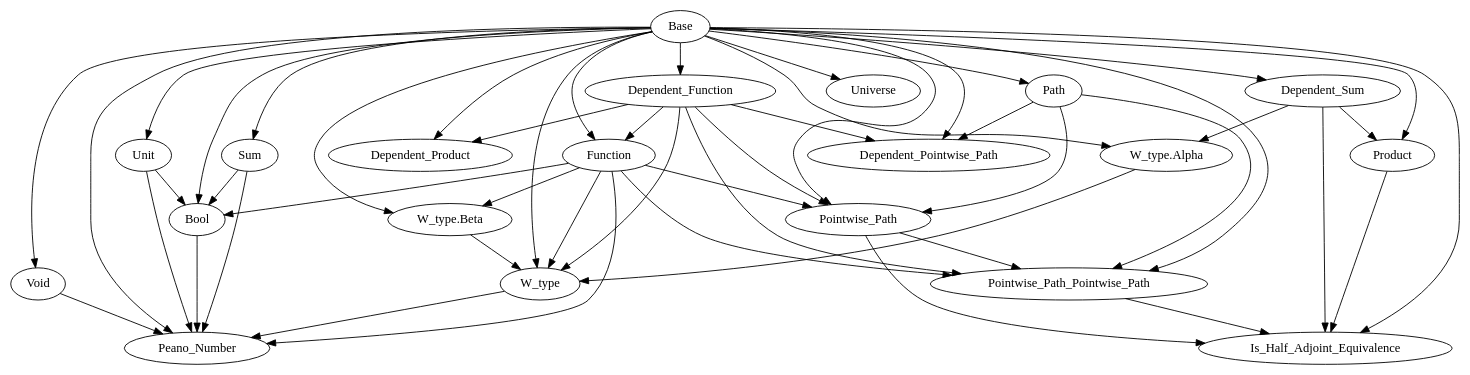
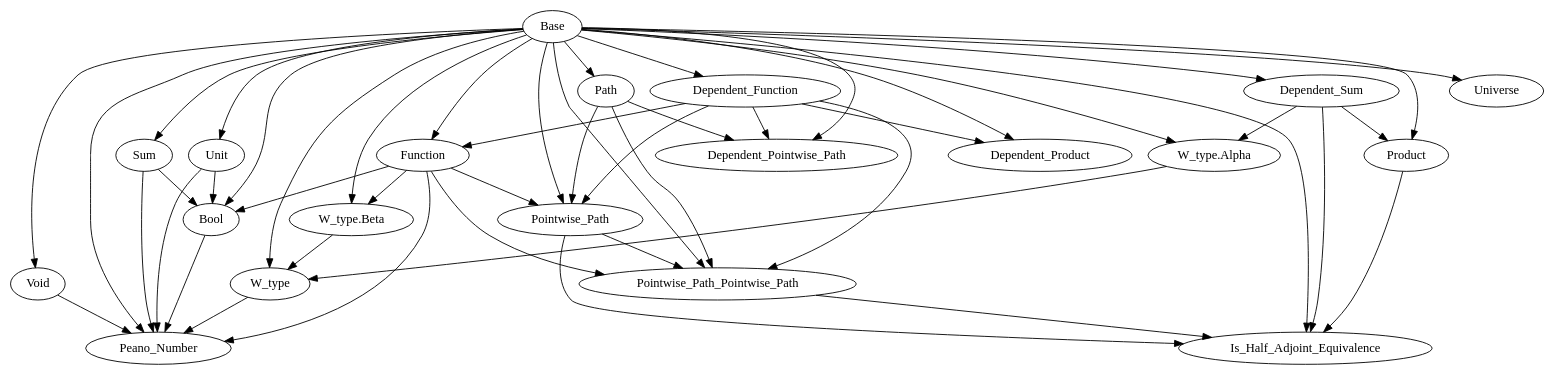
The diagram in libraries/dependencies.gv (Hexirp/googology-in-coq), drawn with Graphviz before and after one commit. The commit also changed 1 other file, not shown here.

Commit message:
Update: W_type を

```diff
--- a/libraries/dependencies.gv
+++ b/libraries/dependencies.gv
@@ -1,72 +1,70 @@
 digraph Dependencies {
   # Base
   # Dependent_Function
   "Base" -> "Dependent_Function";
   # Function
   "Base" -> "Function";
   "Dependent_Function" -> "Function";
   # Dependent_Product
   "Base" -> "Dependent_Product";
   "Dependent_Function" -> "Dependent_Product";
   # Dependent_Sum
   "Base" -> "Dependent_Sum";
   # Product
   "Base" -> "Product";
   "Dependent_Sum" -> "Product";
   # Sum
   "Base" -> "Sum";
   # Unit
   "Base" -> "Unit";
   # Void
   "Base" -> "Void";
   # W_type.Alpha
   "Base" -> "W_type.Alpha";
   "Dependent_Sum" -> "W_type.Alpha";
   # W_type.Beta
   "Base" -> "W_type.Beta";
   "Function" -> "W_type.Beta";
   # W_type
   "Base" -> "W_type";
-  "Dependent_Function" -> "W_type";
-  "Function" -> "W_type";
   "W_type.Alpha" -> "W_type";
   "W_type.Beta" -> "W_type";
   # Universe
   "Base" -> "Universe";
   # Path
   "Base" -> "Path";
   # Dependent_Pointwise_Path
   "Base" -> "Dependent_Pointwise_Path";
   "Dependent_Function" -> "Dependent_Pointwise_Path";
   "Path" -> "Dependent_Pointwise_Path";
   # Pointwise_Path
   "Base" -> "Pointwise_Path";
   "Dependent_Function" -> "Pointwise_Path";
   "Function" -> "Pointwise_Path";
   "Path" -> "Pointwise_Path";
   # Pointwise_Path_Pointwise_Path
   "Base" -> "Pointwise_Path_Pointwise_Path";
   "Dependent_Function" -> "Pointwise_Path_Pointwise_Path";
   "Function" -> "Pointwise_Path_Pointwise_Path";
   "Path" -> "Pointwise_Path_Pointwise_Path";
   "Pointwise_Path" -> "Pointwise_Path_Pointwise_Path";
   # Is_Half_Adjoint_Equivalence
   "Base" -> "Is_Half_Adjoint_Equivalence";
   "Dependent_Sum" -> "Is_Half_Adjoint_Equivalence";
   "Product" -> "Is_Half_Adjoint_Equivalence";
   "Pointwise_Path" -> "Is_Half_Adjoint_Equivalence";
   "Pointwise_Path_Pointwise_Path" -> "Is_Half_Adjoint_Equivalence";
   # Bool
   "Base" -> "Bool";
   "Function" -> "Bool";
   "Sum" -> "Bool";
   "Unit" -> "Bool";
   # Peano_Number
   "Base" -> "Peano_Number";
   "Function" -> "Peano_Number";
   "Sum" -> "Peano_Number";
   "Void" -> "Peano_Number";
   "Unit" -> "Peano_Number";
   "W_type" -> "Peano_Number";
   "Bool" -> "Peano_Number";
 }
```
